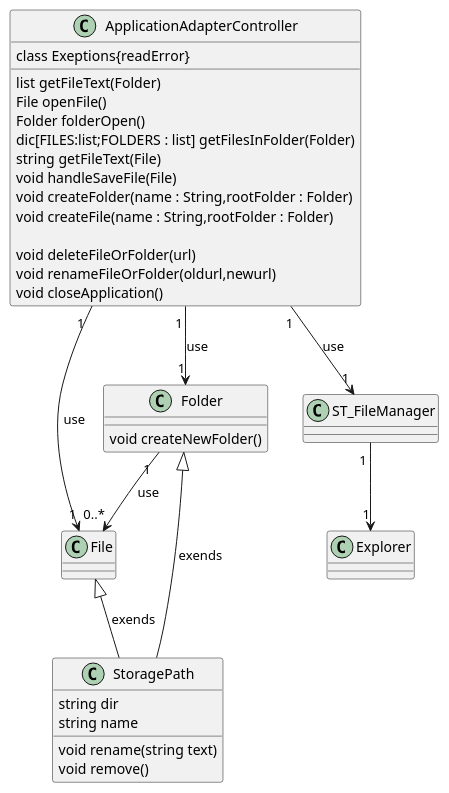
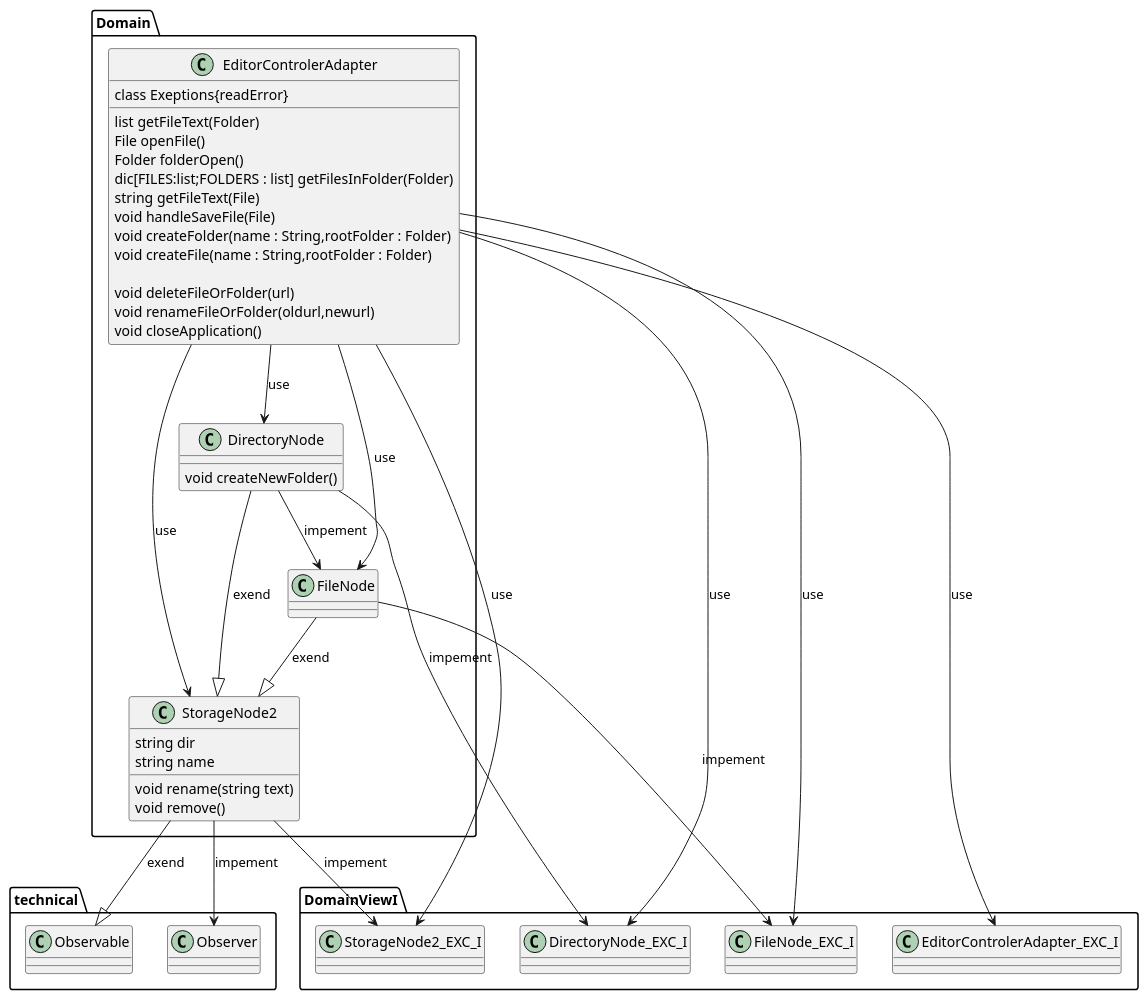
Before and after one commit to d-creations/st_fileManager7: the diagram in doc/DomainClassdiagram.puml, drawn with PlantUML. The commit also changed 18 other files, not shown here.

```diff
--- a/doc/DomainClassdiagram.puml
+++ b/doc/DomainClassdiagram.puml
@@ -1,51 +1,58 @@
 @startuml
 
-class StoragePath {
+class Domain.StorageNode2 {
     string dir
     string name
     void rename(string text)
     void remove()
 
 }
 
 
-class File {
+class Domain.FileNode {
 }
-class Folder {
+class Domain.DirectoryNode {
     void createNewFolder()
 }
 
-class Explorer {
-}
-
-class ApplicationAdapterController {
+class Domain.EditorControlerAdapter {
     class Exeptions{readError}
     list getFileText(Folder)
     File openFile()
     Folder folderOpen()
     dic[FILES:list;FOLDERS : list] getFilesInFolder(Folder)
     string getFileText(File)
     void handleSaveFile(File)
     void createFolder(name : String,rootFolder : Folder)
     void createFile(name : String,rootFolder : Folder)
 
     void deleteFileOrFolder(url)
     void renameFileOrFolder(oldurl,newurl)
     void closeApplication()
 
 }
 
 
 
-ApplicationAdapterController "1 " -->"1"  ST_FileManager : use
-ApplicationAdapterController "1 " -->"1"  Folder : use
-ApplicationAdapterController "1 " -->"1"  File : use
+Domain.EditorControlerAdapter -->  DomainViewI.DirectoryNode_EXC_I : use
+Domain.EditorControlerAdapter -->  DomainViewI.FileNode_EXC_I : use
+Domain.EditorControlerAdapter -->  DomainViewI.StorageNode2_EXC_I : use
+Domain.EditorControlerAdapter -->  DomainViewI.EditorControlerAdapter_EXC_I : use
 
-ST_FileManager "1 " -->"1"  Explorer
-Folder "1 " -->"0..*" File : use
-File  <|--  StoragePath : exends
-Folder  <|--  StoragePath : exends
+Domain.EditorControlerAdapter -->  Domain.DirectoryNode : use
+Domain.EditorControlerAdapter -->  Domain.FileNode : use
+Domain.EditorControlerAdapter -->  Domain.StorageNode2 : use
+
+Domain.FileNode --|>  Domain.StorageNode2 : exend
+Domain.FileNode -->  DomainViewI.FileNode_EXC_I : impement
+
+Domain.StorageNode2 --|>  technical.Observable : exend
+Domain.StorageNode2 -->  technical.Observer : impement
+Domain.StorageNode2 -->  DomainViewI.StorageNode2_EXC_I : impement
 
 
+Domain.DirectoryNode --|>  Domain.StorageNode2 : exend
+Domain.DirectoryNode -->  DomainViewI.DirectoryNode_EXC_I : impement
+Domain.DirectoryNode -->  Domain.FileNode : impement
 
 @enduml
```
